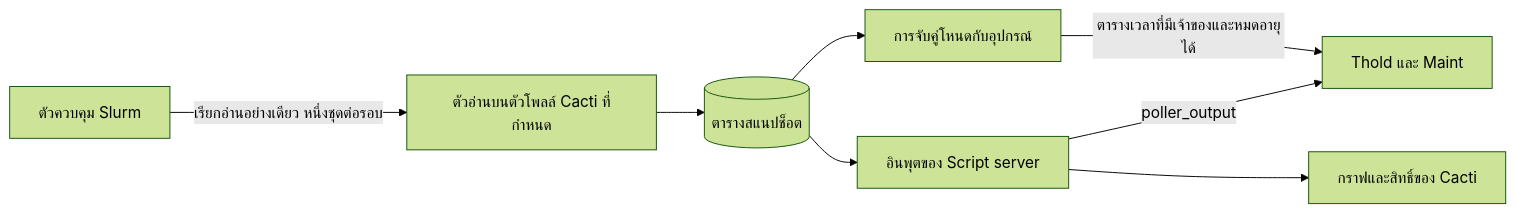
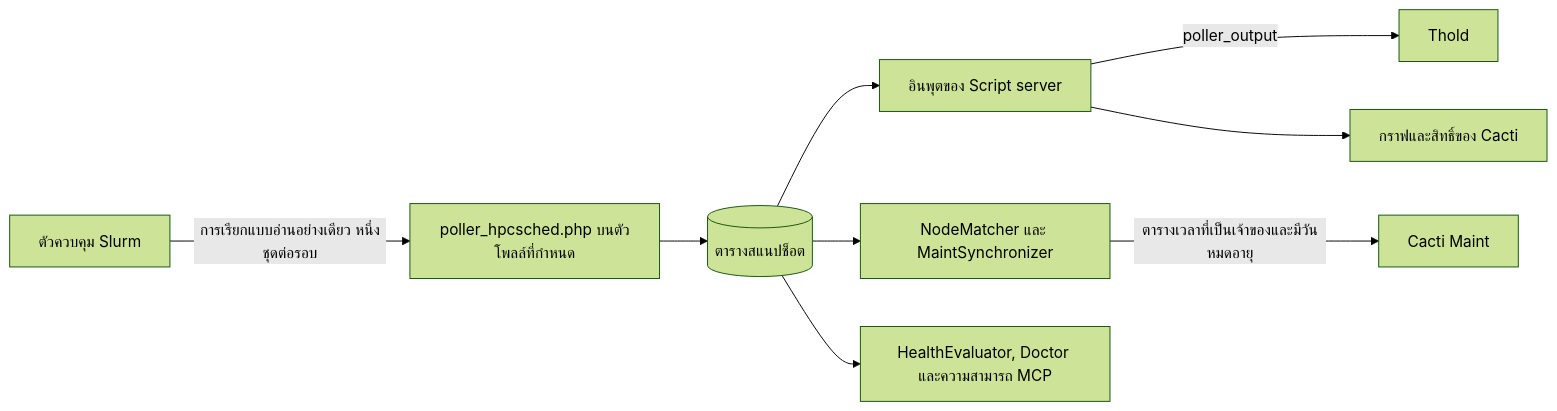
Before and after one commit to somethingwithproof/plugin_hpcsched: the diagram in docs/i18n/th-TH/README.md, drawn with Mermaid (forest theme). The commit also changed other lines of this file and 48 other files, not shown here.

````diff
--- a/docs/i18n/th-TH/README.md
+++ b/docs/i18n/th-TH/README.md
@@ -99,10 +163,11 @@
 ```mermaid
 flowchart LR
-    S[ตัวควบคุม Slurm] -->|เรียกอ่านอย่างเดียว หนึ่งชุดต่อรอบ| R[ตัวอ่านบนตัวโพลล์ Cacti ที่กำหนด]
+    S[ตัวควบคุม Slurm] -->|การเรียกแบบอ่านอย่างเดียว หนึ่งชุดต่อรอบ| R[poller_hpcsched.php บนตัวโพลล์ที่กำหนด]
     R --> SNAP[(ตารางสแนปช็อต)]
     SNAP --> SS[อินพุตของ Script server]
-    SS -->|poller_output| T[Thold และ Maint]
+    SS -->|poller_output| T[Thold]
     SS --> G[กราฟและสิทธิ์ของ Cacti]
-    SNAP --> MAP[การจับคู่โหนดกับอุปกรณ์]
-    MAP -->|ตารางเวลาที่มีเจ้าของและหมดอายุได้| T
+    SNAP --> MAP[NodeMatcher และ MaintSynchronizer]
+    MAP -->|ตารางเวลาที่เป็นเจ้าของและมีวันหมดอายุ| M[Cacti Maint]
+    SNAP --> H[HealthEvaluator, Doctor และความสามารถ MCP]
 ```
````
